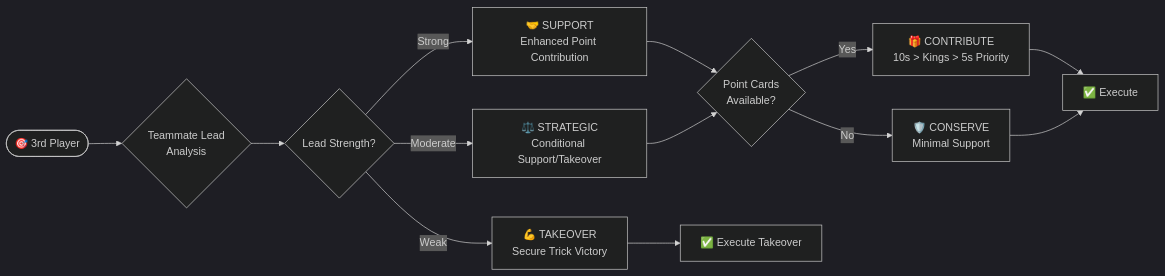
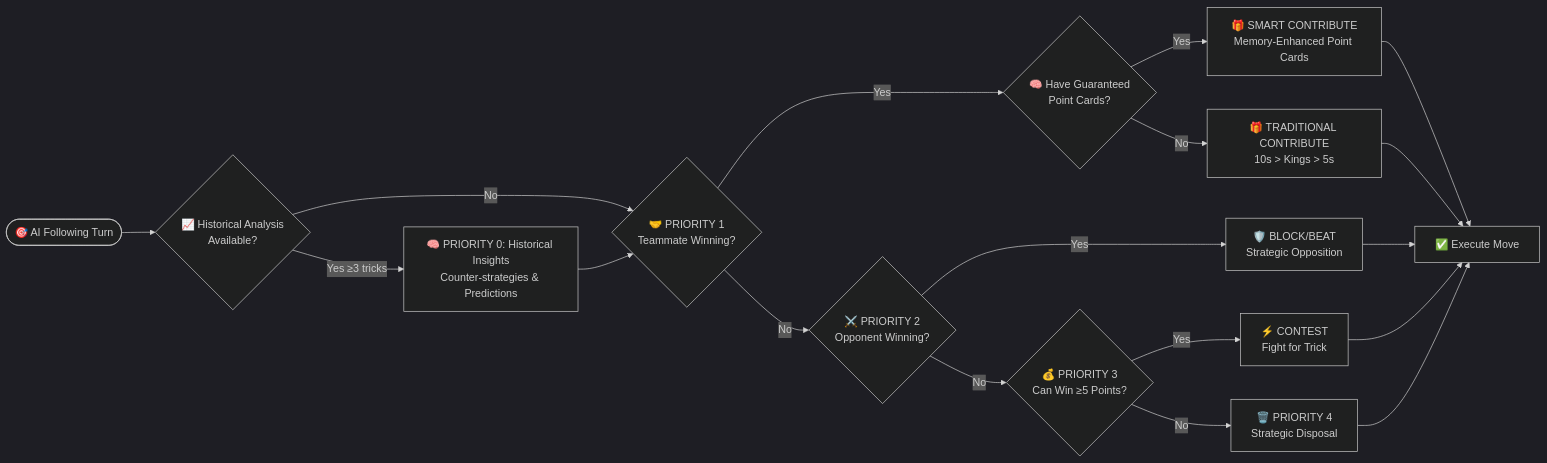
One commit to ejfn/Tractor changed the fourth of 6 diagrams in docs/AI_SYSTEM.md. Above: the diagram before and after it, drawn with Mermaid (dark theme). The commit also changed other lines of this file and 1 other file, not shown here.

````diff
--- a/docs/AI_SYSTEM.md
+++ b/docs/AI_SYSTEM.md
@@ -248,18 +141,23 @@
 ```mermaid
 flowchart LR
-    Start([🎯 3rd Player]) --> Analysis{Teammate Lead<br/>Analysis}
-    Analysis --> Strength{Lead Strength?}
-    Strength -->|Strong| Support[🤝 SUPPORT<br/>Enhanced Point Contribution]
-    Strength -->|Moderate| Strategic[⚖️ STRATEGIC<br/>Conditional Support/Takeover]
-    Strength -->|Weak| Takeover[💪 TAKEOVER<br/>Secure Trick Victory]
+    Start([🎯 AI Following Turn]) --> Historical{📈 Historical Analysis<br/>Available?}
+    Historical -->|Yes ≥3 tricks| Phase4[🧠 PRIORITY 0: Historical Insights<br/>Counter-strategies & Predictions]
+    Historical -->|No| P1{🤝 PRIORITY 1<br/>Teammate Winning?}
     
-    Support --> Points{Point Cards<br/>Available?}
-    Strategic --> Points
-    Takeover --> Execute[✅ Execute Takeover]
+    Phase4 --> P1
+    P1 -->|Yes| Memory{🧠 Have Guaranteed<br/>Point Cards?}
+    Memory -->|Yes| SmartContribute[🎁 SMART CONTRIBUTE<br/>Memory-Enhanced Point Cards]
+    Memory -->|No| Contribute[🎁 TRADITIONAL CONTRIBUTE<br/>10s > Kings > 5s]
     
-    Points -->|Yes| Contribute[🎁 CONTRIBUTE<br/>10s > Kings > 5s Priority]
-    Points -->|No| Conserve[🛡️ CONSERVE<br/>Minimal Support]
+    P1 -->|No| P2{⚔️ PRIORITY 2<br/>Opponent Winning?}
+    P2 -->|Yes| Block[🛡️ BLOCK/BEAT<br/>Strategic Opposition]
+    P2 -->|No| P3{💰 PRIORITY 3<br/>Can Win ≥5 Points?}
+    P3 -->|Yes| Contest[⚡ CONTEST<br/>Fight for Trick]
+    P3 -->|No| P4[🗑️ PRIORITY 4<br/>Strategic Disposal]
     
-    Contribute --> Execute2[✅ Execute]
-    Conserve --> Execute2
+    SmartContribute --> Execute[✅ Execute Move]
+    Contribute --> Execute
+    Block --> Execute
+    Contest --> Execute
+    P4 --> Execute
 ```
````
